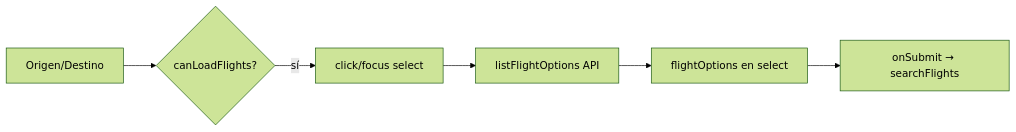
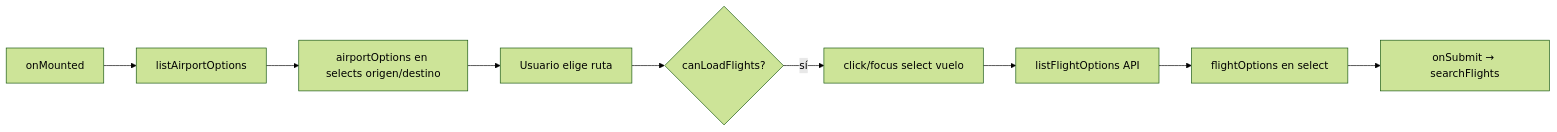
One commit to diego22piriz/Flight-tracker changed the diagram in memory-bank/systemPatterns.md. Above: the diagram before and after it, drawn with Mermaid (forest theme). The commit also changed other lines of this file and 21 other files, not shown here.

````diff
--- a/memory-bank/systemPatterns.md
+++ b/memory-bank/systemPatterns.md
@@ -14,8 +41,11 @@
 ```mermaid
 flowchart LR
-  A[Origen/Destino] --> B{canLoadFlights?}
-  B -->|sí| C[click/focus select]
+  M[onMounted] --> N[listAirportOptions]
+  N --> O[airportOptions en selects origen/destino]
+  O --> A[Usuario elige ruta]
+  A --> B{canLoadFlights?}
+  B -->|sí| C[click/focus select vuelo]
   C --> D[listFlightOptions API]
   D --> E[flightOptions en select]
   E --> F[onSubmit → searchFlights]
 ```
````
